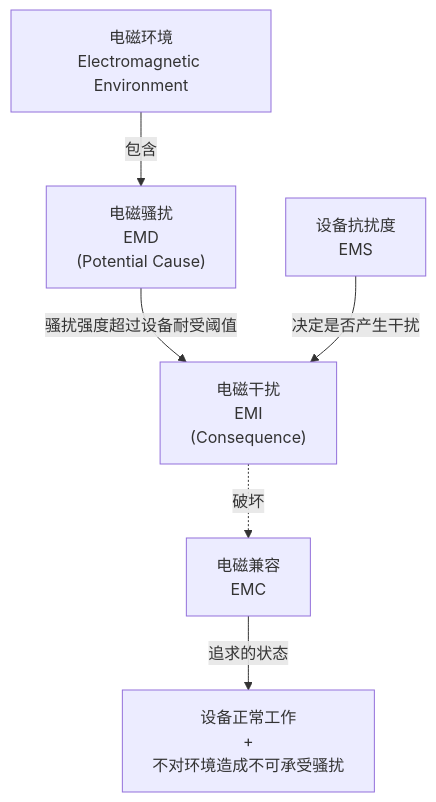
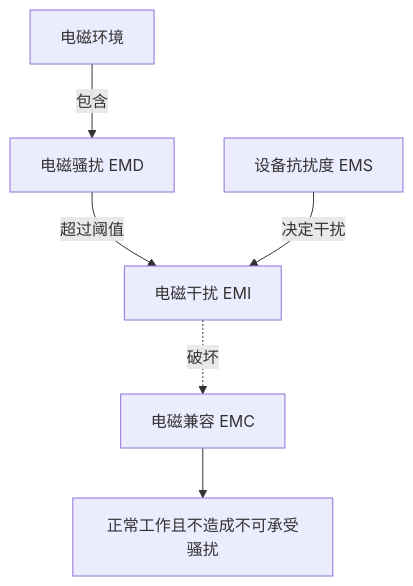
Before and after one commit to huoli4844/chateacher-emc: the first of 7 diagrams in output/第1章-绪论.md, drawn with Mermaid. The commit also changed other lines of this file, not shown here.

Commit message:
fix: 全部7个Mermaid图替换为最大兼容语法（移除timeline/mindmap/%%{init}%%/subgraph/<-->）

````diff
--- a/output/第1章-绪论.md
+++ b/output/第1章-绪论.md
@@ -78,8 +78,8 @@
 ```mermaid
 graph TD
-    A["电磁环境<br>Electromagnetic Environment"] -->|"包含"| B["电磁骚扰<br>EMD<br>(Potential Cause)"]
-    B -->|"骚扰强度超过设备耐受阈值"| C["电磁干扰<br>EMI<br>(Consequence)"]
-    D["设备抗扰度<br>EMS"] -->|"决定是否产生干扰"| C
-    E["电磁兼容<br>EMC"] --> |"追求的状态"| F["设备正常工作<br>+<br>不对环境造成不可承受骚扰"]
+    A["电磁环境"] -->|"包含"| B["电磁骚扰 EMD"]
+    B -->|"超过阈值"| C["电磁干扰 EMI"]
+    D["设备抗扰度 EMS"] -->|"决定干扰"| C
+    E["电磁兼容 EMC"] --> F["正常工作且不造成不可承受骚扰"]
     C -.->|"破坏"| E
 ```
````
